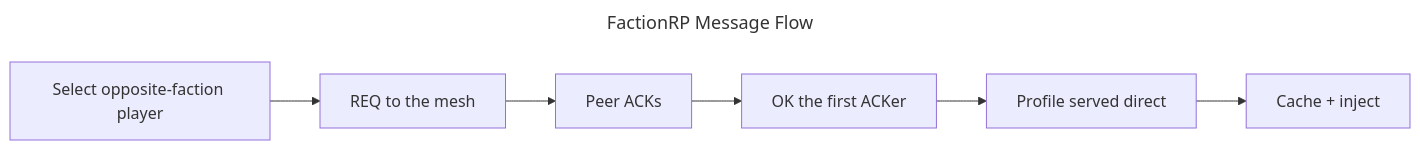
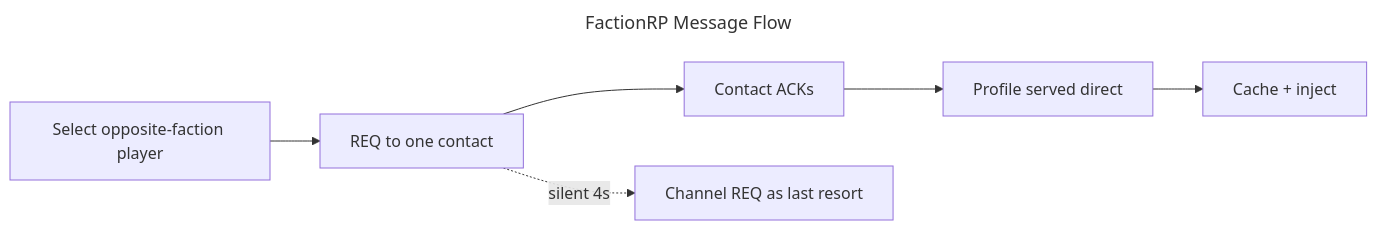
The diagram in README.md (coding-red-panda/FactionRP), drawn with Mermaid before and after one commit. The commit also changed other lines of this file and 13 other files, not shown here.

````diff
--- a/README.md
+++ b/README.md
@@ -18,19 +18,19 @@
 ```mermaid
 ---
 title: FactionRP Message Flow
 ---
 
 flowchart LR
     start[Select opposite-faction player]
-    request[REQ to the mesh]
-    ack[Peer ACKs]
-    ok[OK the first ACKer]
+    request[REQ to one contact]
+    ack[Contact ACKs]
     serve[Profile served direct]
     process[Cache + inject]
+    channel[Channel REQ as last resort]
 
     start --> request
     request --> ack
-    ack --> ok
-    ok --> serve
+    request -.->|silent 4s| channel
+    ack --> serve
     serve --> process
 ```
````
